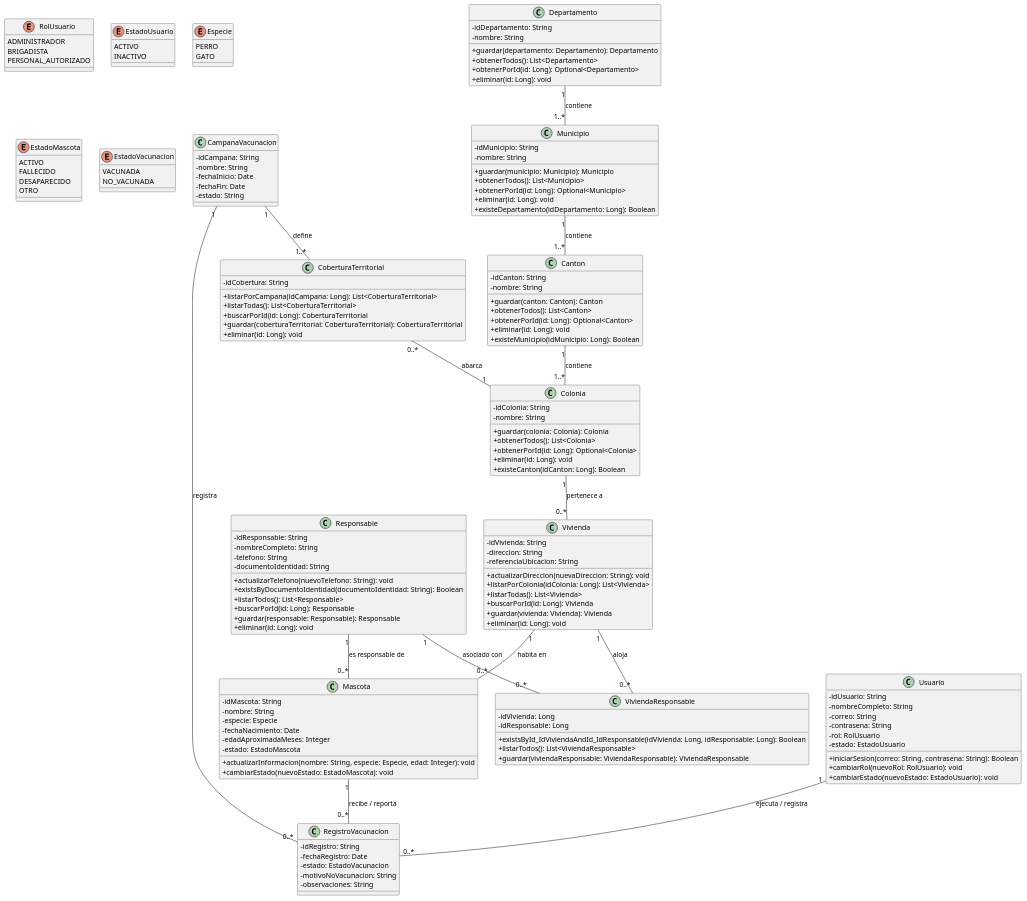
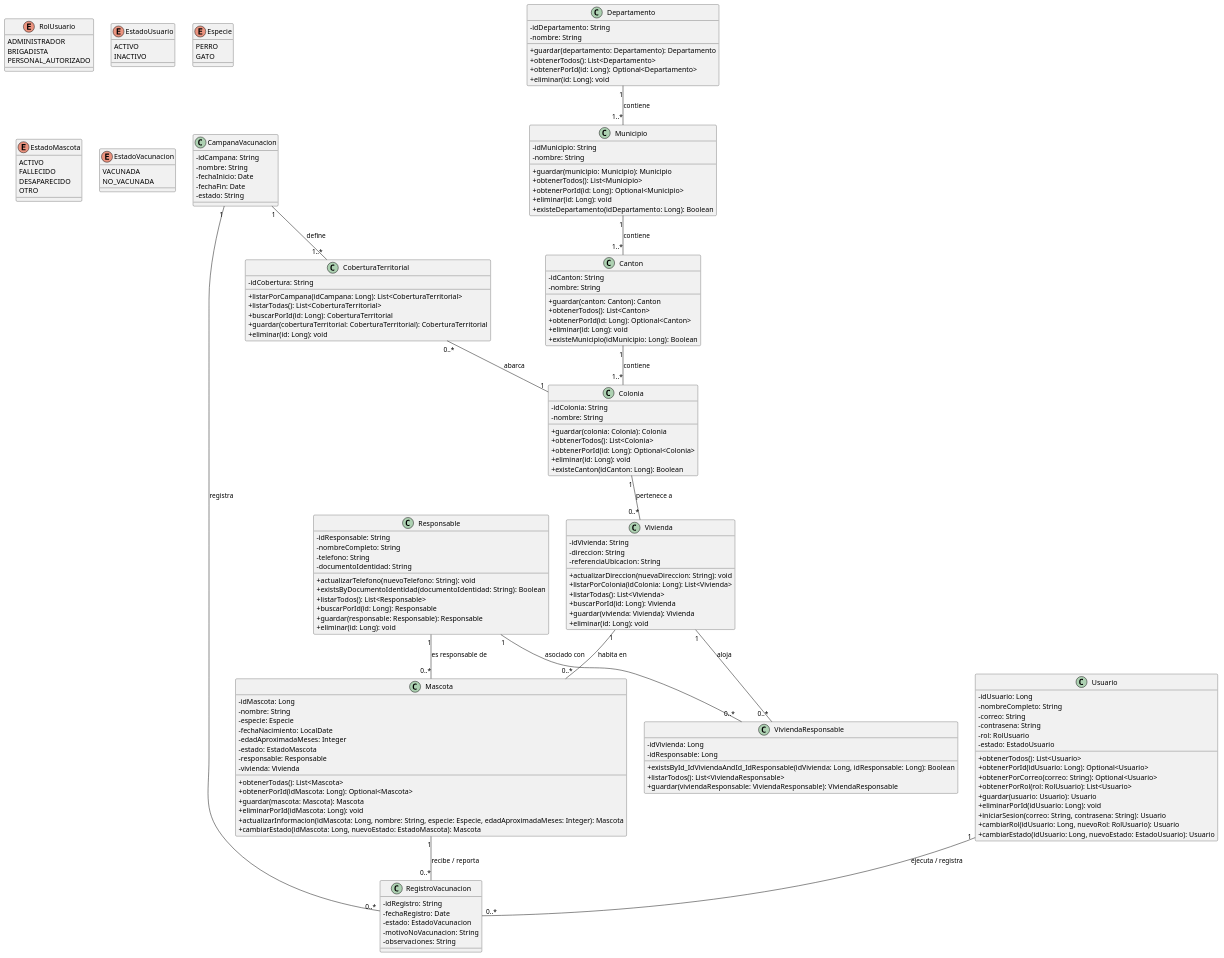
One commit to Alfredo2809/SISTEMA-DE-VACUNACION-ANIMAL changed the diagram in src/main/Diagramas/Clases.puml. Above: the diagram before and after it, drawn with PlantUML.

Commit message:
Alfredo López- Actualizar Mascota y Usuario en Clases.puml

```diff
--- a/src/main/Diagramas/Clases.puml
+++ b/src/main/Diagramas/Clases.puml
@@ -1,152 +1,165 @@
 @startuml
 skinparam classAttributeIconSize 0
 ' Enums (Valores en UPPER_SNAKE_CASE)
 enum RolUsuario {
   ADMINISTRADOR
   BRIGADISTA
   PERSONAL_AUTORIZADO
 }
 enum EstadoUsuario {
   ACTIVO
   INACTIVO
 }
 enum Especie {
   PERRO
   GATO
 }
 enum EstadoMascota {
   ACTIVO
   FALLECIDO
   DESAPARECIDO
   OTRO
 }
 ' Nuevo enumerador para clasificar el estado de la vacunación
 enum EstadoVacunacion {
   VACUNADA
   NO_VACUNADA
 }
 ' Clases Principales (UpperCamelCase)
 class CampanaVacunacion {
   - idCampana: String
   - nombre: String
   - fechaInicio: Date
   - fechaFin: Date
   - estado: String
 }
 class CoberturaTerritorial {
   - idCobertura: String
   + listarPorCampana(idCampana: Long): List<CoberturaTerritorial>
   + listarTodas(): List<CoberturaTerritorial>
   + buscarPorId(id: Long): CoberturaTerritorial
   + guardar(coberturaTerritorial: CoberturaTerritorial): CoberturaTerritorial
   + eliminar(id: Long): void
 }
 class Departamento {
   - idDepartamento: String
   - nombre: String
   + guardar(departamento: Departamento): Departamento
   + obtenerTodos(): List<Departamento>
   + obtenerPorId(id: Long): Optional<Departamento>
   + eliminar(id: Long): void
 }
 class Municipio {
   - idMunicipio: String
   - nombre: String
   + guardar(municipio: Municipio): Municipio
   + obtenerTodos(): List<Municipio>
   + obtenerPorId(id: Long): Optional<Municipio>
   + eliminar(id: Long): void
   + existeDepartamento(idDepartamento: Long): Boolean
 }
 class Canton {
   - idCanton: String
   - nombre: String
   + guardar(canton: Canton): Canton
   + obtenerTodos(): List<Canton>
   + obtenerPorId(id: Long): Optional<Canton>
   + eliminar(id: Long): void
   + existeMunicipio(idMunicipio: Long): Boolean
 }
 class Colonia {
   - idColonia: String
   - nombre: String
   + guardar(colonia: Colonia): Colonia
   + obtenerTodos(): List<Colonia>
   + obtenerPorId(id: Long): Optional<Colonia>
   + eliminar(id: Long): void
   + existeCanton(idCanton: Long): Boolean
 }
 class Vivienda {
   - idVivienda: String
   - direccion: String
   - referenciaUbicacion: String
   + actualizarDireccion(nuevaDireccion: String): void
   + listarPorColonia(idColonia: Long): List<Vivienda>
   + listarTodas(): List<Vivienda>
   + buscarPorId(id: Long): Vivienda
   + guardar(vivienda: Vivienda): Vivienda
   + eliminar(id: Long): void
 }
 class Responsable {
   - idResponsable: String
   - nombreCompleto: String
   - telefono: String
   - documentoIdentidad: String
   + actualizarTelefono(nuevoTelefono: String): void
   + existsByDocumentoIdentidad(documentoIdentidad: String): Boolean
   + listarTodos(): List<Responsable>
   + buscarPorId(id: Long): Responsable
   + guardar(responsable: Responsable): Responsable
   + eliminar(id: Long): void
 }
 class ViviendaResponsable {
   - idVivienda: Long
   - idResponsable: Long
   + existsById_IdViviendaAndId_IdResponsable(idVivienda: Long, idResponsable: Long): Boolean
   + listarTodos(): List<ViviendaResponsable>
   + guardar(viviendaResponsable: ViviendaResponsable): ViviendaResponsable
 }
 class Mascota {
-  - idMascota: String
+  - idMascota: Long
   - nombre: String
   - especie: Especie
-  - fechaNacimiento: Date
+  - fechaNacimiento: LocalDate
   - edadAproximadaMeses: Integer
   - estado: EstadoMascota
-  + actualizarInformacion(nombre: String, especie: Especie, edad: Integer): void
-  + cambiarEstado(nuevoEstado: EstadoMascota): void
+  - responsable: Responsable
+  - vivienda: Vivienda
+  + obtenerTodas(): List<Mascota>
+  + obtenerPorId(idMascota: Long): Optional<Mascota>
+  + guardar(mascota: Mascota): Mascota
+  + eliminarPorId(idMascota: Long): void
+  + actualizarInformacion(idMascota: Long, nombre: String, especie: Especie, edadAproximadaMeses: Integer): Mascota
+  + cambiarEstado(idMascota: Long, nuevoEstado: EstadoMascota): Mascota
 }
+
 class Usuario {
-  - idUsuario: String
+  - idUsuario: Long
   - nombreCompleto: String
   - correo: String
   - contrasena: String
   - rol: RolUsuario
   - estado: EstadoUsuario
-  + iniciarSesion(correo: String, contrasena: String): Boolean
-  + cambiarRol(nuevoRol: RolUsuario): void
-  + cambiarEstado(nuevoEstado: EstadoUsuario): void
+  + obtenerTodos(): List<Usuario>
+  + obtenerPorId(idUsuario: Long): Optional<Usuario>
+  + obtenerPorCorreo(correo: String): Optional<Usuario>
+  + obtenerPorRol(rol: RolUsuario): List<Usuario>
+  + guardar(usuario: Usuario): Usuario
+  + eliminarPorId(idUsuario: Long): void
+  + iniciarSesion(correo: String, contrasena: String): Usuario
+  + cambiarRol(idUsuario: Long, nuevoRol: RolUsuario): Usuario
+  + cambiarEstado(idUsuario: Long, nuevoEstado: EstadoUsuario): Usuario
 }
 ' Clase unificada para los registros
 class RegistroVacunacion {
   - idRegistro: String
   - fechaRegistro: Date
   - estado: EstadoVacunacion
   - motivoNoVacunacion: String
   - observaciones: String
 }
 ' Relaciones y Jerarquías
 Departamento "1" -- "1..*" Municipio : contiene
 Municipio "1" -- "1..*" Canton : contiene
 Canton "1" -- "1..*" Colonia : contiene
 Colonia "1" -- "0..*" Vivienda : pertenece a
 Vivienda "1" -- "0..*" Mascota : habita en
 Responsable "1" -- "0..*" Mascota : es responsable de
 Responsable "1" -- "0..*" ViviendaResponsable : asociado con
 Vivienda "1" -- "0..*" ViviendaResponsable : aloja
 CampanaVacunacion "1" -- "1..*" CoberturaTerritorial : define
 CoberturaTerritorial "0..*" -- "1" Colonia : abarca
 Usuario "1" -- "0..*" RegistroVacunacion : ejecuta / registra
 CampanaVacunacion "1" -- "0..*" RegistroVacunacion : registra
 Mascota "1" -- "0..*" RegistroVacunacion : recibe / reporta
 @enduml
```
